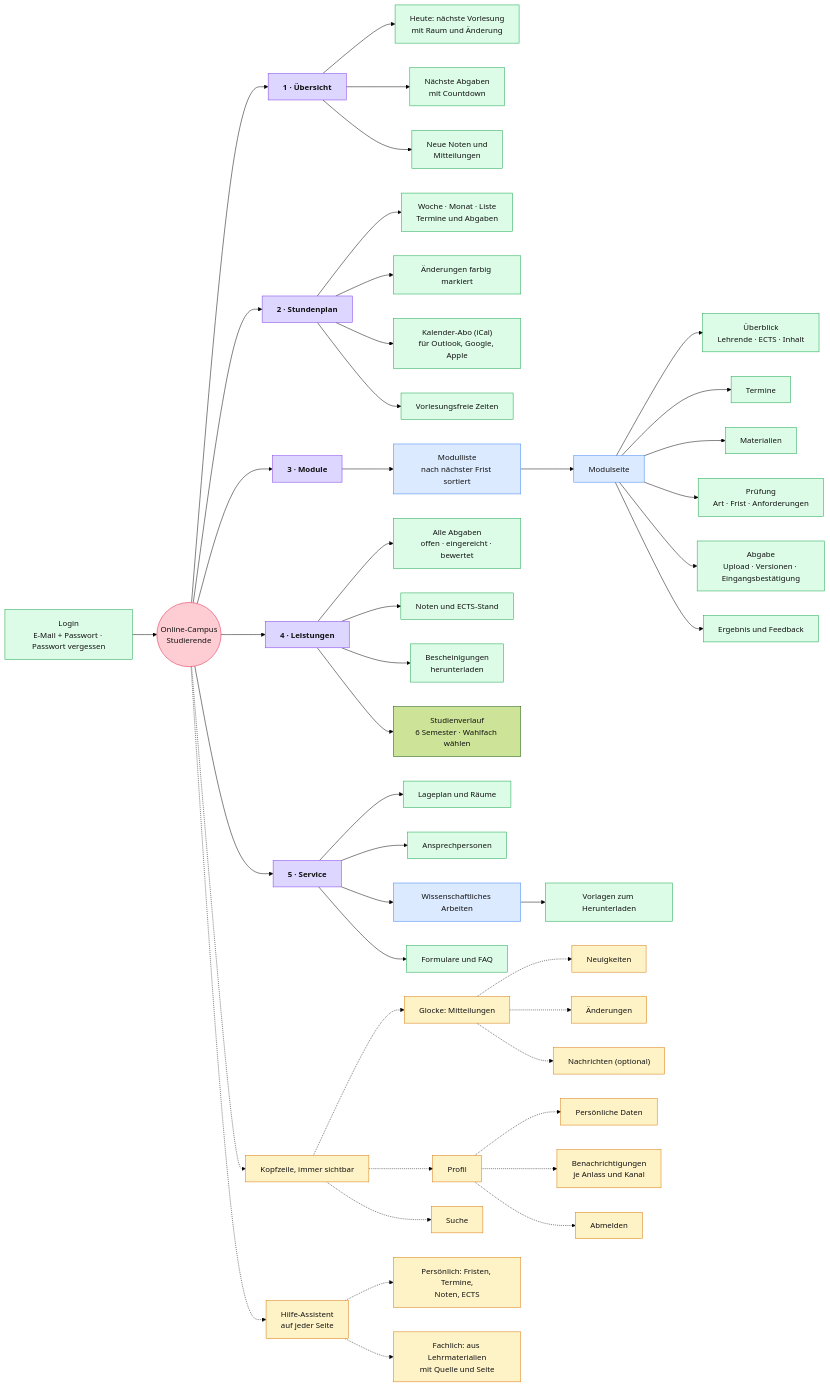
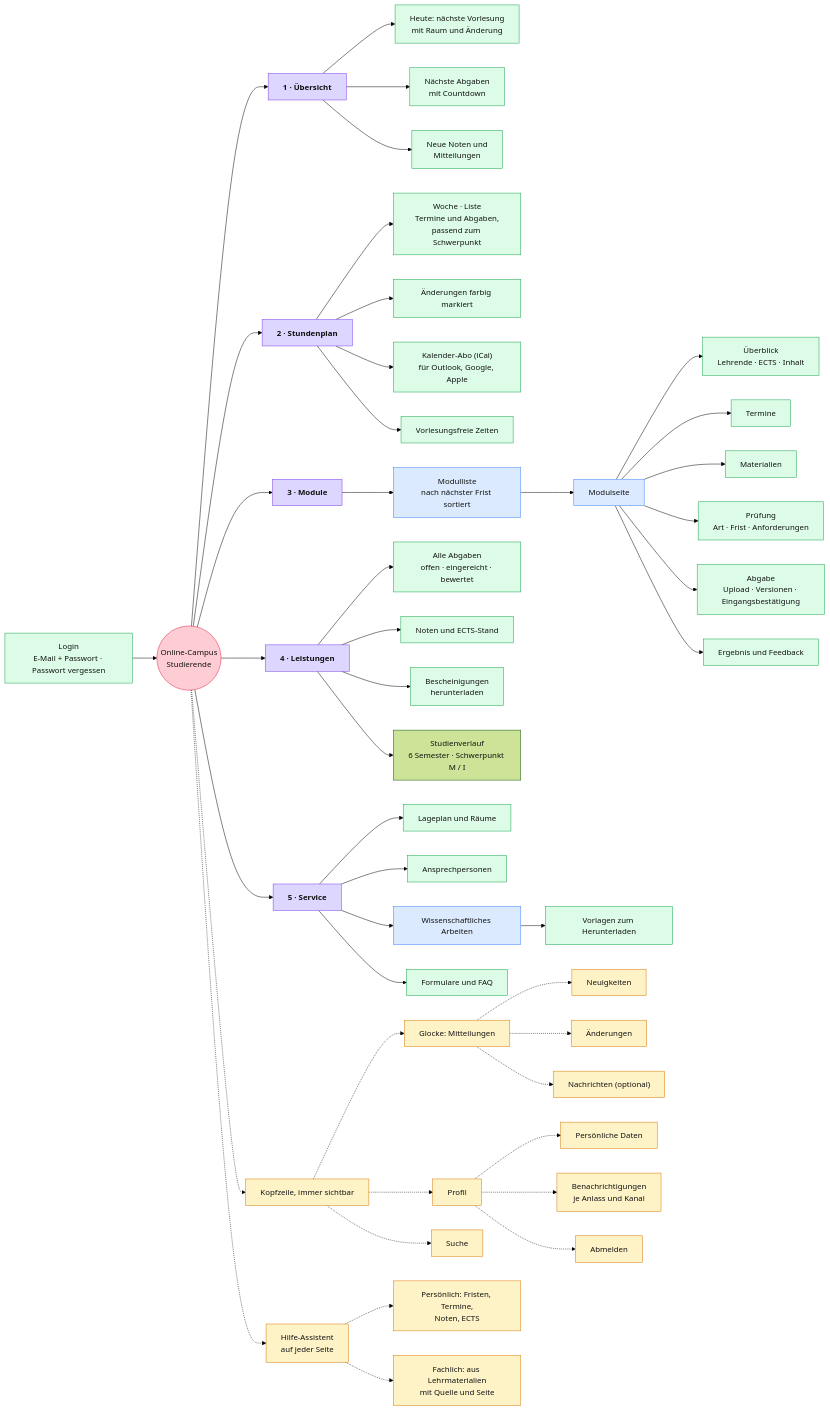
Before and after one commit to thimostender/Online-Campus: the diagram in sitemap-studierende.mmd, drawn with Mermaid (forest theme). The commit also changed 14 other files, not shown here.

```diff
--- a/sitemap-studierende.mmd
+++ b/sitemap-studierende.mmd
@@ -1,62 +1,62 @@
 flowchart LR
   C(("Online-Campus<br/>Studierende"))
   LOGIN["Login<br/>E-Mail + Passwort · Passwort vergessen"] --> C
 
   C --> U["1 · Übersicht"]
   U --> U1["Heute: nächste Vorlesung<br/>mit Raum und Änderung"]
   U --> U2["Nächste Abgaben<br/>mit Countdown"]
   U --> U3["Neue Noten und<br/>Mitteilungen"]
 
   C --> SP["2 · Stundenplan"]
-  SP --> SP1["Woche · Monat · Liste<br/>Termine und Abgaben"]
+  SP --> SP1["Woche · Liste<br/>Termine und Abgaben,<br/>passend zum Schwerpunkt"]
   SP --> SP2["Änderungen farbig markiert"]
   SP --> SP3["Kalender-Abo (iCal)<br/>für Outlook, Google, Apple"]
   SP --> SP4["Vorlesungsfreie Zeiten"]
 
   C --> M["3 · Module"]
   M --> M1["Modulliste<br/>nach nächster Frist sortiert"]
   M1 --> MS["Modulseite"]
   MS --> MS1["Überblick<br/>Lehrende · ECTS · Inhalt"]
   MS --> MS2["Termine"]
   MS --> MS3["Materialien"]
   MS --> MS4["Prüfung<br/>Art · Frist · Anforderungen"]
   MS --> MS5["Abgabe<br/>Upload · Versionen · Eingangsbestätigung"]
   MS --> MS6["Ergebnis und Feedback"]
 
   C --> LE["4 · Leistungen"]
   LE --> LE1["Alle Abgaben<br/>offen · eingereicht · bewertet"]
   LE --> LE2["Noten und ECTS-Stand"]
   LE --> LE3["Bescheinigungen<br/>herunterladen"]
-  LE --> LE4["Studienverlauf<br/>6 Semester · Wahlfach wählen"]
+  LE --> LE4["Studienverlauf<br/>6 Semester · Schwerpunkt M / I"]
 
   C --> SV["5 · Service"]
   SV --> SV1["Lageplan und Räume"]
   SV --> SV2["Ansprechpersonen"]
   SV --> SV3["Wissenschaftliches Arbeiten"]
   SV3 --> SV3a["Vorlagen zum Herunterladen"]
   SV --> SV4["Formulare und FAQ"]
 
   C -.-> K["Kopfzeile, immer sichtbar"]
   K -.-> MI["Glocke: Mitteilungen"]
   MI -.-> MI1["Neuigkeiten"]
   MI -.-> MI2["Änderungen"]
   MI -.-> MI3["Nachrichten (optional)"]
   K -.-> PR["Profil"]
   PR -.-> PR1["Persönliche Daten"]
   PR -.-> PR2["Benachrichtigungen<br/>je Anlass und Kanal"]
   PR -.-> PR3["Abmelden"]
   K -.-> HI["Suche"]
   C -.-> AS["Hilfe-Assistent<br/>auf jeder Seite"]
   AS -.-> AS1["Persönlich: Fristen, Termine,<br/>Noten, ECTS"]
   AS -.-> AS2["Fachlich: aus Lehrmaterialien<br/>mit Quelle und Seite"]
 
   classDef root fill:#fecdd3,stroke:#e11d48,color:#111
   classDef main fill:#ddd6fe,stroke:#7c3aed,color:#111,font-weight:bold
   classDef sub fill:#dbeafe,stroke:#3b82f6,color:#111
   classDef fn fill:#dcfce7,stroke:#16a34a,color:#111
   classDef head fill:#fef3c7,stroke:#d97706,color:#111
   class C root
   class U,SP,M,LE,SV main
   class MS,M1,SV3 sub
   class U1,U2,U3,SP1,SP2,SP3,SP4,MS1,MS2,MS3,MS4,MS5,MS6,LE1,LE2,LE3,SV1,SV2,SV3a,SV4,LOGIN fn
   class K,MI,MI1,MI2,MI3,PR,PR1,PR2,PR3,HI,AS,AS1,AS2 head
```
